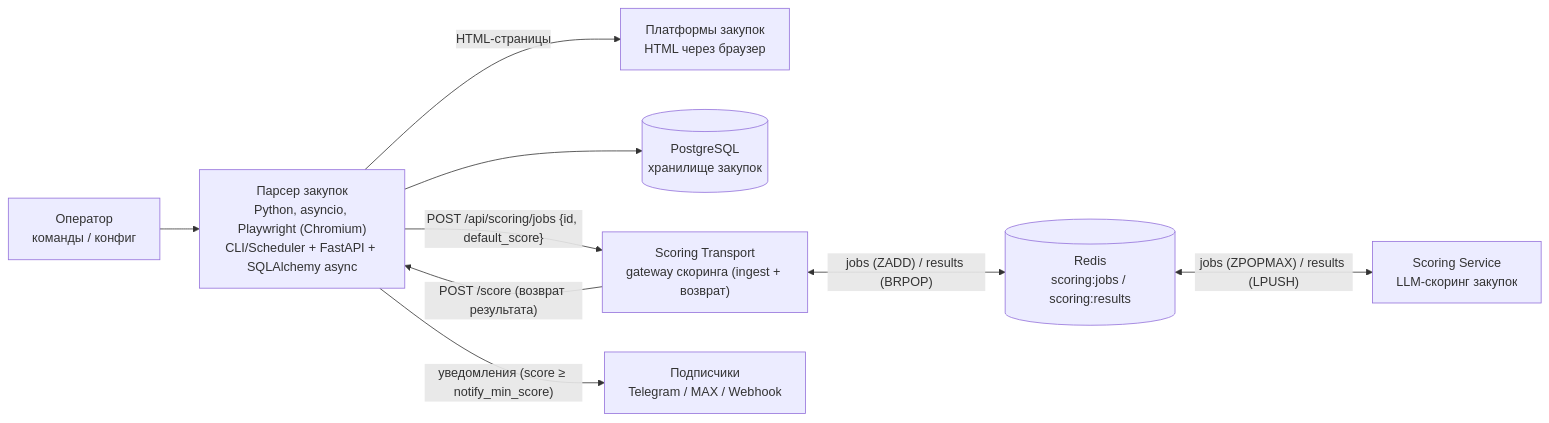
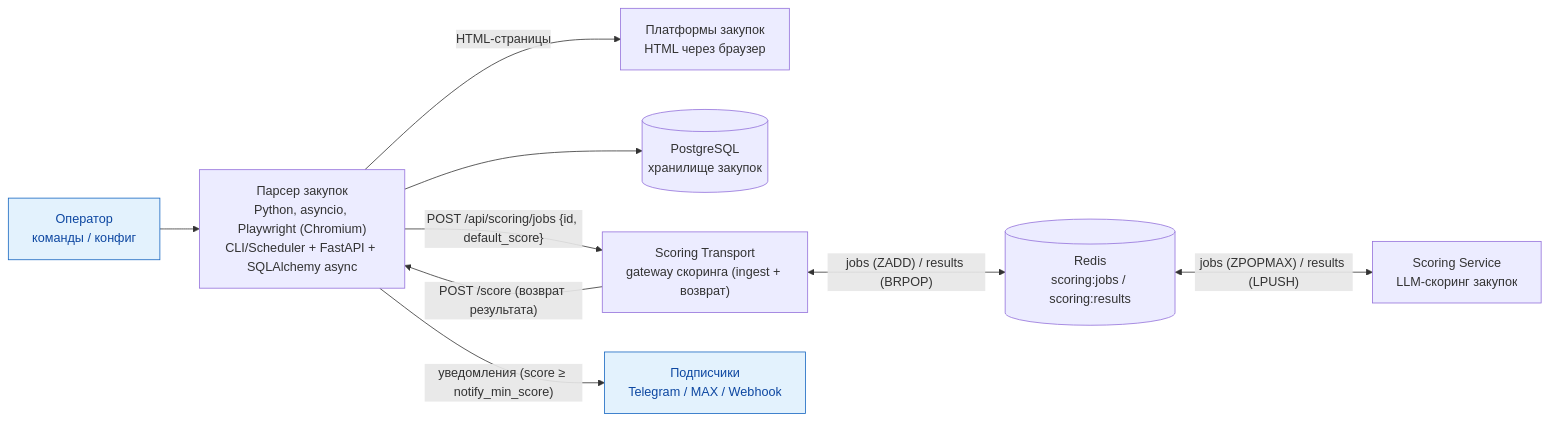
Before and after one commit to igorvolk1961/zakupki_parser: the diagram in docs/c4/container.md, drawn with Mermaid. The commit also changed other lines of this file and 1 other file, not shown here.

Commit message:
docs(c4): выделить акторов стилем на диаграммах
Mermaid flowchart не рисует 'человечков', поэтому акторы (оператор,
подписчики, пользователь web-демо) выделены голубой заливкой/рамкой
(classDef actor), чтобы отличаться от контейнеров; добавлены пояснения.

````diff
--- a/docs/c4/container.md
+++ b/docs/c4/container.md
@@ -5,21 +5,25 @@
 ```mermaid
 flowchart LR
+    classDef actor fill:#e3f2fd,stroke:#1565c0,color:#0d47a1
+
     U["Оператор<br/>команды / конфиг"]
     P["Парсер закупок<br/>Python, asyncio, Playwright (Chromium)<br/>CLI/Scheduler + FastAPI + SQLAlchemy async"]
 
     Z["Платформы закупок<br/>HTML через браузер"]
     DB[("PostgreSQL<br/>хранилище закупок")]
     TR["Scoring Transport<br/>gateway скоринга (ingest + возврат)"]
     RS[("Redis<br/>scoring:jobs / scoring:results")]
     SG["Scoring Service<br/>LLM-скоринг закупок"]
     SUB["Подписчики<br/>Telegram / MAX / Webhook"]
 
     U --> P
     P -->|"HTML-страницы"| Z
     P --> DB
     P -->|"POST /api/scoring/jobs {id, default_score}"| TR
     TR <-->|"jobs (ZADD) / results (BRPOP)"| RS
     RS <-->|"jobs (ZPOPMAX) / results (LPUSH)"| SG
     TR -->|"POST /score (возврат результата)"| P
     P -->|"уведомления (score ≥ notify_min_score)"| SUB
+
+    class U,SUB actor
 ```
````
